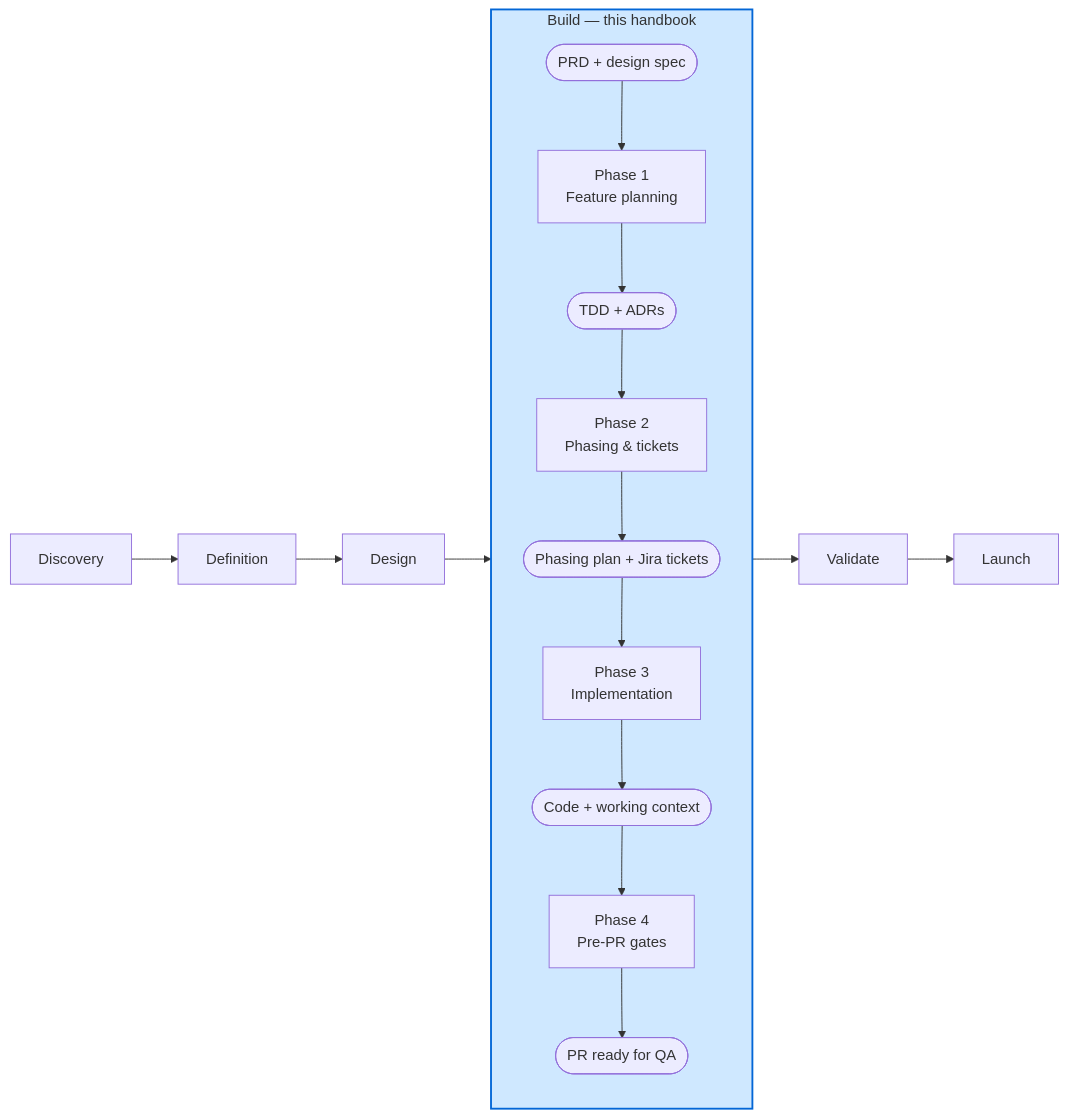
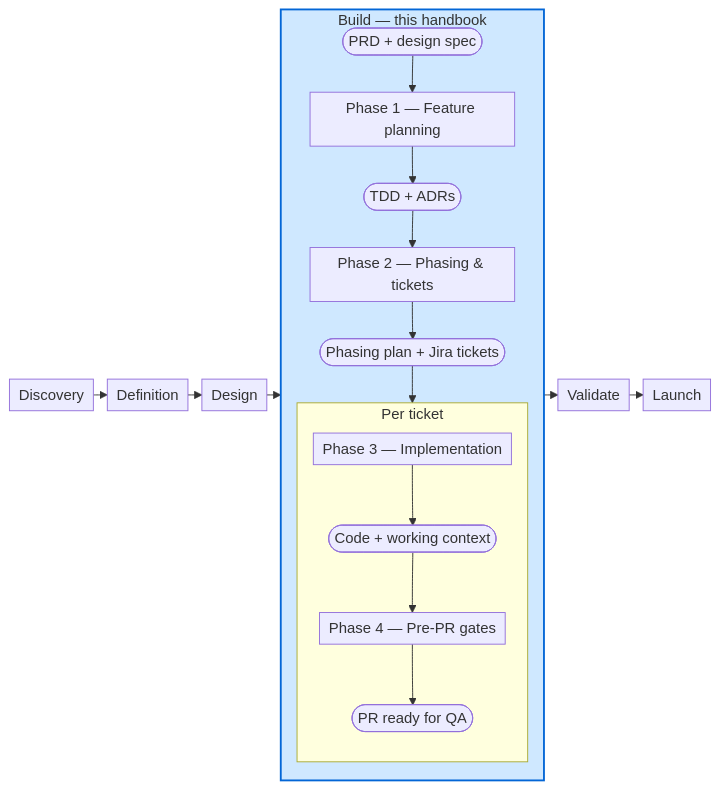
Before and after one commit to swbuilderedwards/argus: the second of 6 diagrams in process/engineering-handbook.md, drawn with Mermaid. The commit also changed other lines of this file, not shown here.

Commit message:
docs: clarify per-ticket fan-out and tighten mermaid spacing
Wrap Phases 3 + 4 in a "Per ticket" sub-subgraph so the Build diagram
reflects that the phasing plan fans out into N tickets, each producing
its own PR — Build doesn't end at a single feature-level PR. Add
mermaid init directives to all diagrams: nodeSpacing/rankSpacing 15
and padding 5 for the overview and Build map; 20/30/8 for the
per-phase diagrams.

````diff
--- a/process/engineering-handbook.md
+++ b/process/engineering-handbook.md
@@ -44,23 +45,28 @@
 ```mermaid
+%%{init: {'flowchart': {'nodeSpacing': 15, 'rankSpacing': 15, 'padding': 5}}}%%
 flowchart LR
   Disc[Discovery] --> Defn[Definition]
   Defn --> Des[Design]
   Des --> Build
   Build --> Val[Validate]
   Val --> Lau[Launch]
 
   subgraph Build [Build — this handbook]
     direction TB
-    A1([PRD + design spec]) --> P1[Phase 1<br/>Feature planning]
+    A1([PRD + design spec]) --> P1[Phase 1 — Feature planning]
     P1 --> A2([TDD + ADRs])
-    A2 --> P2[Phase 2<br/>Phasing &amp; tickets]
+    A2 --> P2[Phase 2 — Phasing &amp; tickets]
     P2 --> A3([Phasing plan + Jira tickets])
-    A3 --> P3[Phase 3<br/>Implementation]
-    P3 --> A4([Code + working context])
-    A4 --> P4[Phase 4<br/>Pre-PR gates]
-    P4 --> A5([PR ready for QA])
+    A3 --> PerTicket
+
+    subgraph PerTicket [Per ticket]
+      direction TB
+      P3[Phase 3 — Implementation] --> A4([Code + working context])
+      A4 --> P4[Phase 4 — Pre-PR gates]
+      P4 --> A5([PR ready for QA])
+    end
   end
 
   classDef current fill:#cfe8ff,stroke:#0366d6,stroke-width:2px;
   class Build current
 ```
````
